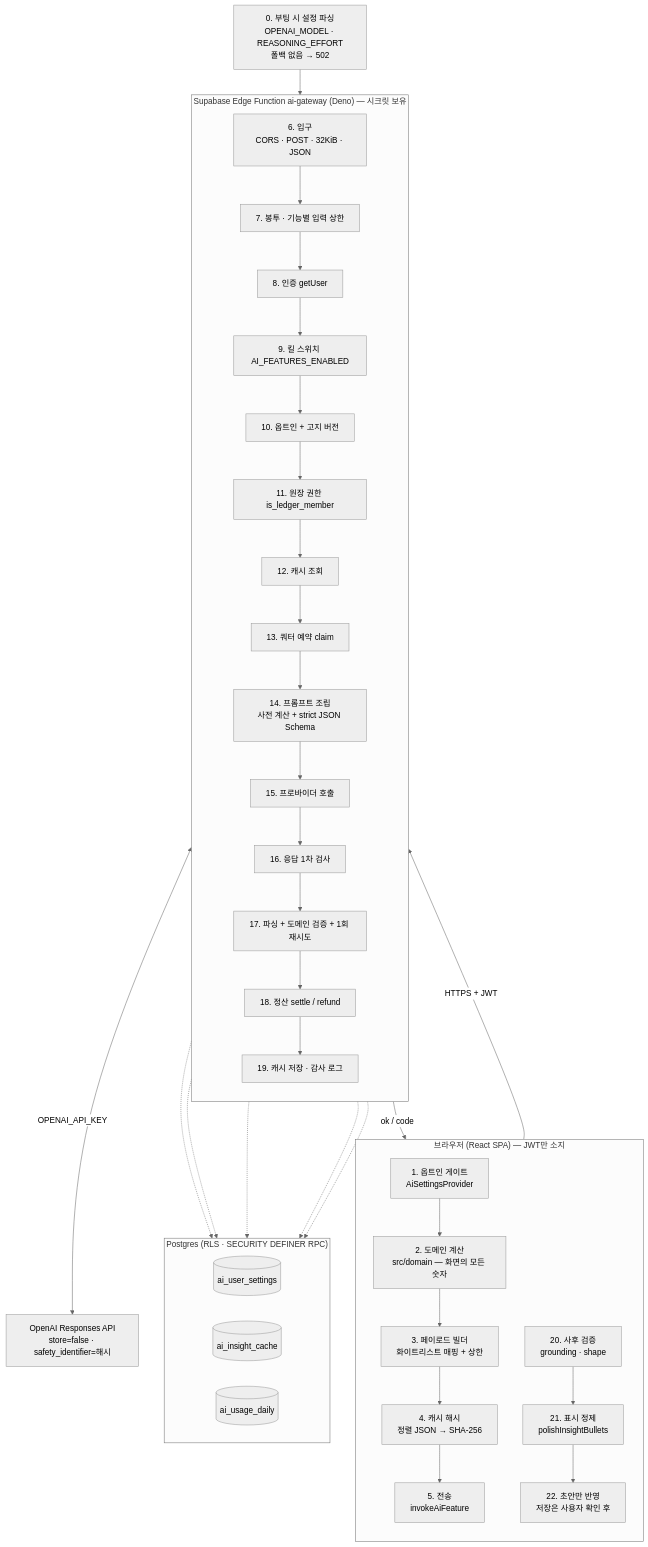
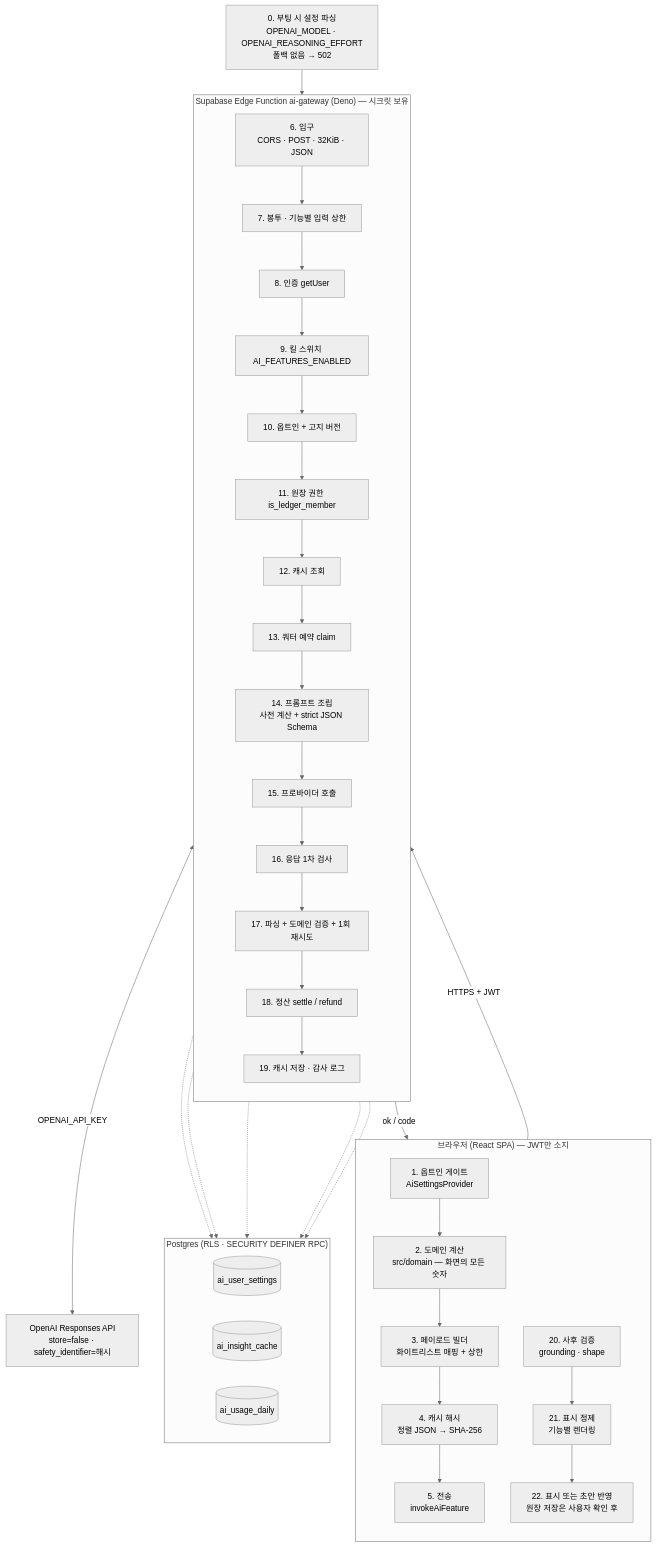
The first of 6 diagrams in README.md (dongju93/household-account-book), drawn with Mermaid (neutral theme) before and after one commit. The commit also changed other lines of this file, not shown here.

````diff
--- a/README.md
+++ b/README.md
@@ -90,55 +93,55 @@
 ```mermaid
 flowchart TB
     subgraph BROWSER["브라우저 (React SPA) — JWT만 소지"]
         direction TB
         L1["1. 옵트인 게이트<br/>AiSettingsProvider"]
         L2["2. 도메인 계산<br/>src/domain — 화면의 모든 숫자"]
         L3["3. 페이로드 빌더<br/>화이트리스트 매핑 + 상한"]
         L4["4. 캐시 해시<br/>정렬 JSON → SHA-256"]
         L5["5. 전송<br/>invokeAiFeature"]
         L20["20. 사후 검증<br/>grounding · shape"]
-        L21["21. 표시 정제<br/>polishInsightBullets"]
-        L22["22. 초안만 반영<br/>저장은 사용자 확인 후"]
+        L21["21. 표시 정제<br/>기능별 렌더링"]
+        L22["22. 표시 또는 초안 반영<br/>원장 저장은 사용자 확인 후"]
         L1 --> L2 --> L3 --> L4 --> L5
         L20 --> L21 --> L22
     end
 
     subgraph EDGE["Supabase Edge Function ai-gateway (Deno) — 시크릿 보유"]
         direction TB
         L6["6. 입구<br/>CORS · POST · 32KiB · JSON"]
         L7["7. 봉투 · 기능별 입력 상한"]
         L8["8. 인증 getUser"]
         L9["9. 킬 스위치 AI_FEATURES_ENABLED"]
         L10["10. 옵트인 + 고지 버전"]
         L11["11. 원장 권한 is_ledger_member"]
         L12["12. 캐시 조회"]
         L13["13. 쿼터 예약 claim"]
         L14["14. 프롬프트 조립<br/>사전 계산 + strict JSON Schema"]
         L15["15. 프로바이더 호출"]
         L16["16. 응답 1차 검사"]
         L17["17. 파싱 + 도메인 검증 + 1회 재시도"]
         L18["18. 정산 settle / refund"]
         L19["19. 캐시 저장 · 감사 로그"]
         L6 --> L7 --> L8 --> L9 --> L10 --> L11 --> L12 --> L13 --> L14 --> L15 --> L16 --> L17 --> L18 --> L19
     end
 
     subgraph DB["Postgres (RLS · SECURITY DEFINER RPC)"]
         direction LR
         T1[("ai_user_settings")]
         T2[("ai_insight_cache")]
         T3[("ai_usage_daily")]
     end
 
     OPENAI["OpenAI Responses API<br/>store=false · safety_identifier=해시"]
 
     L5 -->|"HTTPS + JWT"| L6
     L19 -->|"ok / code"| L20
     L10 -.-> T1
     L12 -.-> T2
     L19 -.-> T2
     L13 -.-> T3
     L18 -.-> T3
     L15 <-->|"OPENAI_API_KEY"| OPENAI
 
-    L0["0. 부팅 시 설정 파싱<br/>OPENAI_MODEL · REASONING_EFFORT<br/>폴백 없음 → 502"] --> L6
+    L0["0. 부팅 시 설정 파싱<br/>OPENAI_MODEL · OPENAI_REASONING_EFFORT<br/>폴백 없음 → 502"] --> L6
 ```
````
